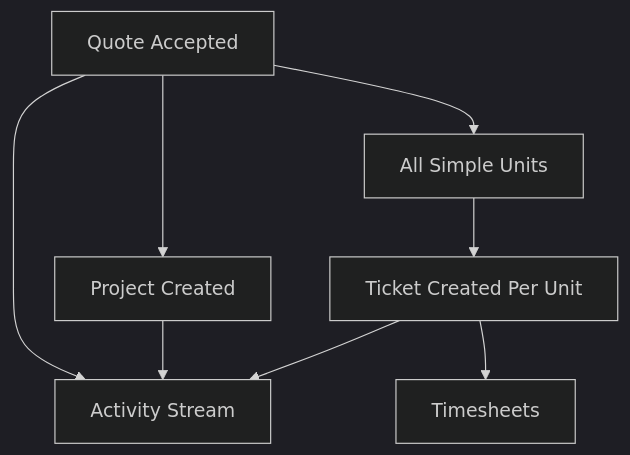
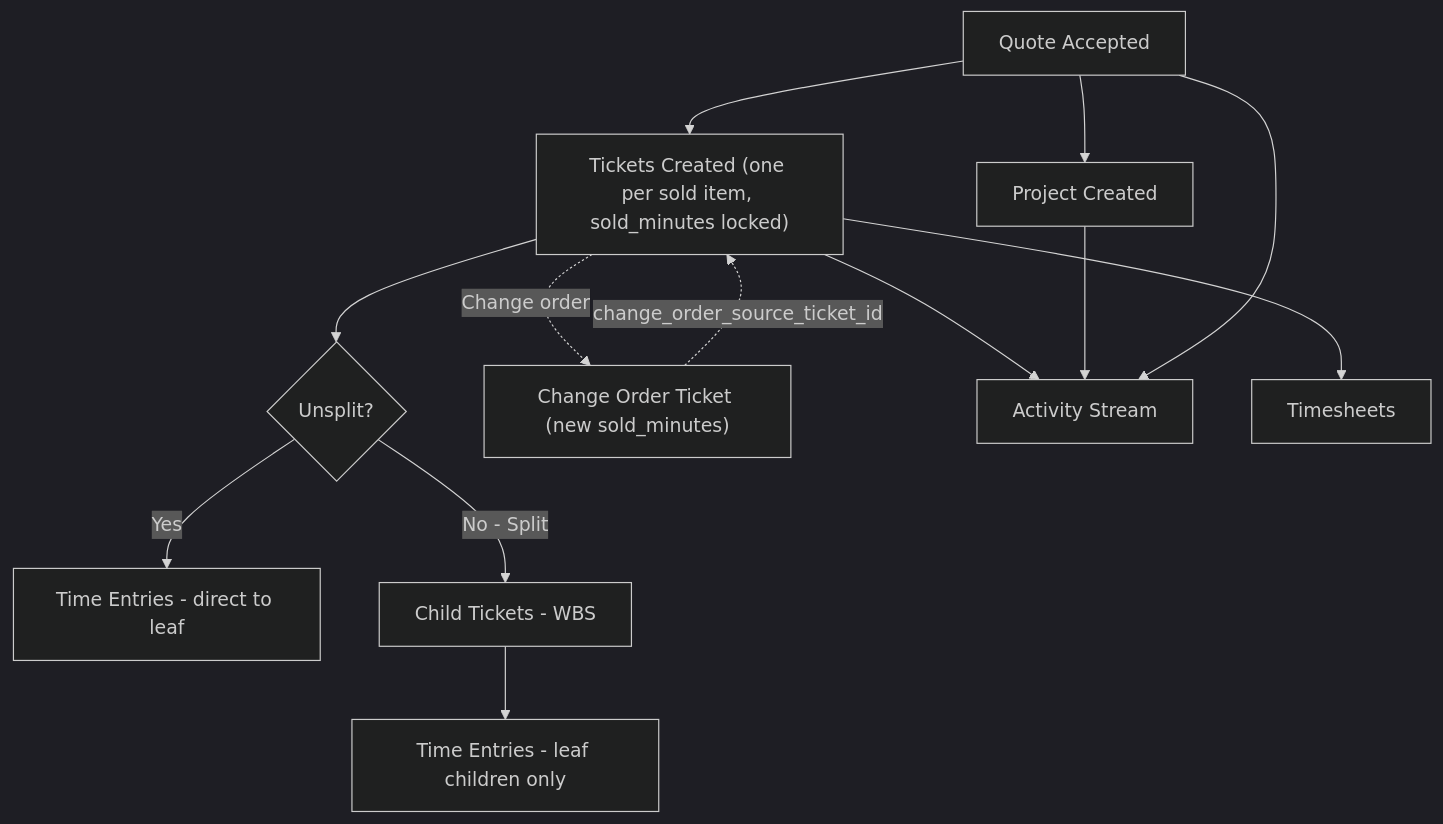
Before and after one commit to stevecopeza/pet4: the diagram in docs/01_overview/visuals/PET_Visual_03_Acceptance_To_Delivery.md, drawn with Mermaid (dark theme). The commit also changed 355 other files, not shown here.

````diff
--- a/docs/01_overview/visuals/PET_Visual_03_Acceptance_To_Delivery.md
+++ b/docs/01_overview/visuals/PET_Visual_03_Acceptance_To_Delivery.md
@@ -3,18 +3,21 @@
 ```mermaid
 flowchart TD
 
 QA[Quote Accepted]
 
 QA --> PRJ[Project Created]
+QA --> TK["Tickets Created (one per sold item, sold_minutes locked)"]
 
-QA --> UNITS[All Simple Units]
+TK --> LEAF{Unsplit?}
+LEAF -->|Yes| TE1[Time Entries - direct to leaf]
+LEAF -->|No - Split| CH[Child Tickets - WBS]
+CH --> TE2[Time Entries - leaf children only]
 
-UNITS --> TK[Ticket Created Per Unit]
+TK -.->|Change order| CO["Change Order Ticket (new sold_minutes)"]
+CO -.->|change_order_source_ticket_id| TK
 
 TK --> ACT[Activity Stream]
-
 TK --> TS[Timesheets]
-
 PRJ --> ACT
 QA --> ACT
 ```
````
